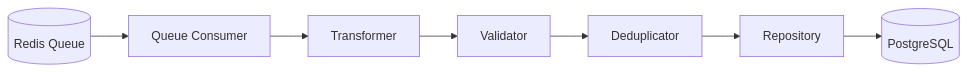
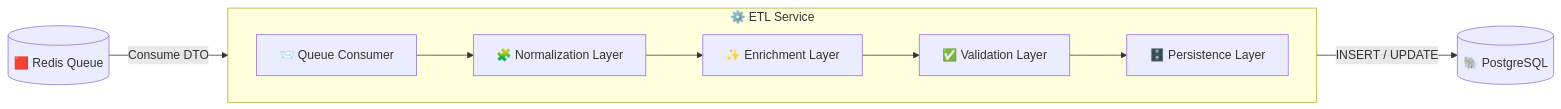
One commit to ma1sky/job_market_analyzer changed the diagram in docs/diagrams/c3-etl.mmd. Above: the diagram before and after it, drawn with Mermaid. The commit also changed 9 other files, not shown here.

Commit message:
diagram changes

```diff
--- a/docs/diagrams/c3-etl.mmd
+++ b/docs/diagrams/c3-etl.mmd
@@ -1,27 +1,39 @@
 flowchart LR
 
-    redis[("Redis Queue")]
+redis[("🟥 Redis Queue")]
 
-    consumer["Queue Consumer"]
+postgres[("🐘 PostgreSQL")]
 
-    transformer["Transformer"]
+subgraph etl["⚙️ ETL Service"]
 
-    validator["Validator"]
+    direction LR
 
-    deduplicator["Deduplicator"]
+    consumer["📨 Queue Consumer"]
 
-    repository["Repository"]
+    normalize["🧩 Normalization Layer"]
 
-    postgres[("PostgreSQL")]
+    enrich["✨ Enrichment Layer"]
 
-    redis --> consumer
+    validate["✅ Validation Layer"]
 
-    consumer --> transformer
+    persistence["🗄️ Persistence Layer"]
 
-    transformer --> validator
+end
 
-    validator --> deduplicator
+redis -->|"Consume DTO"| consumer
 
-    deduplicator --> repository
+consumer --> normalize
 
-    repository --> postgres
+normalize --> enrich
+
+enrich --> validate
+
+validate --> persistence
+
+persistence -->|"INSERT / UPDATE"| postgres
+
+class consumer,normalize,enrich,validate,persistence service
+
+class postgres database
+
+class redis cache
```
